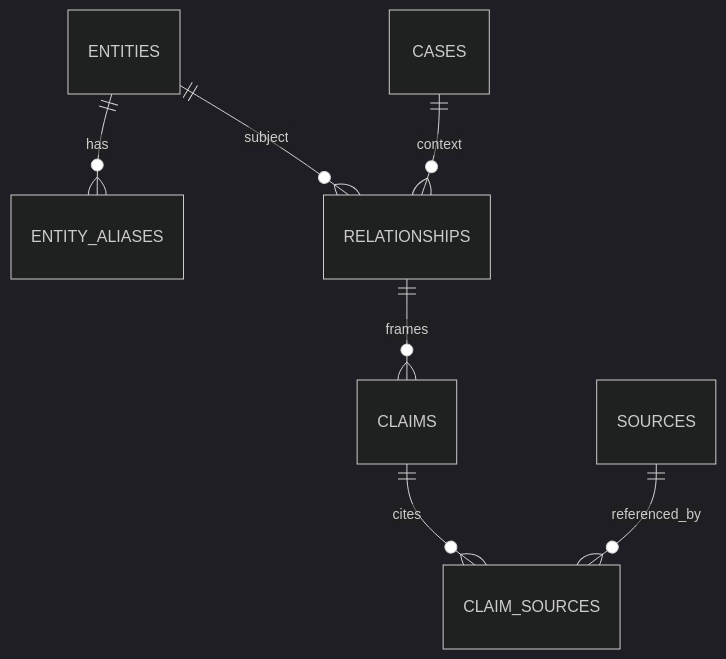
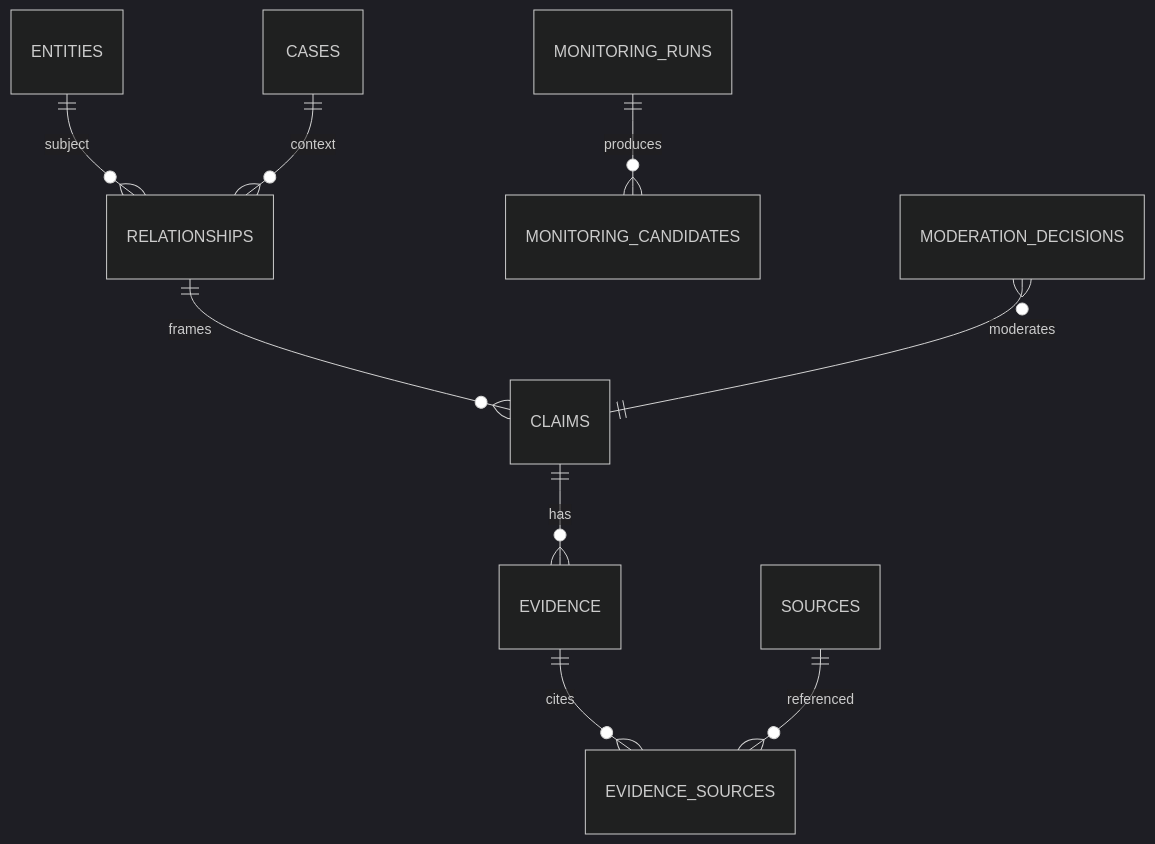
Before and after one commit to raphaieu/vorcarozap: the diagram in docs/05-modelo-de-dados.md, drawn with Mermaid (dark theme). The commit also changed other lines of this file and 17 other files, not shown here.

````diff
--- a/docs/05-modelo-de-dados.md
+++ b/docs/05-modelo-de-dados.md
@@ -23,9 +21,11 @@
 ```mermaid
 erDiagram
-  ENTITIES ||--o{ ENTITY_ALIASES : has
   ENTITIES ||--o{ RELATIONSHIPS : subject
   CASES ||--o{ RELATIONSHIPS : context
   RELATIONSHIPS ||--o{ CLAIMS : frames
-  CLAIMS ||--o{ CLAIM_SOURCES : cites
-  SOURCES ||--o{ CLAIM_SOURCES : referenced_by
+  CLAIMS ||--o{ EVIDENCE : has
+  EVIDENCE ||--o{ EVIDENCE_SOURCES : cites
+  SOURCES ||--o{ EVIDENCE_SOURCES : referenced
+  MONITORING_RUNS ||--o{ MONITORING_CANDIDATES : produces
+  MODERATION_DECISIONS }o--|| CLAIMS : moderates
 ```
````
